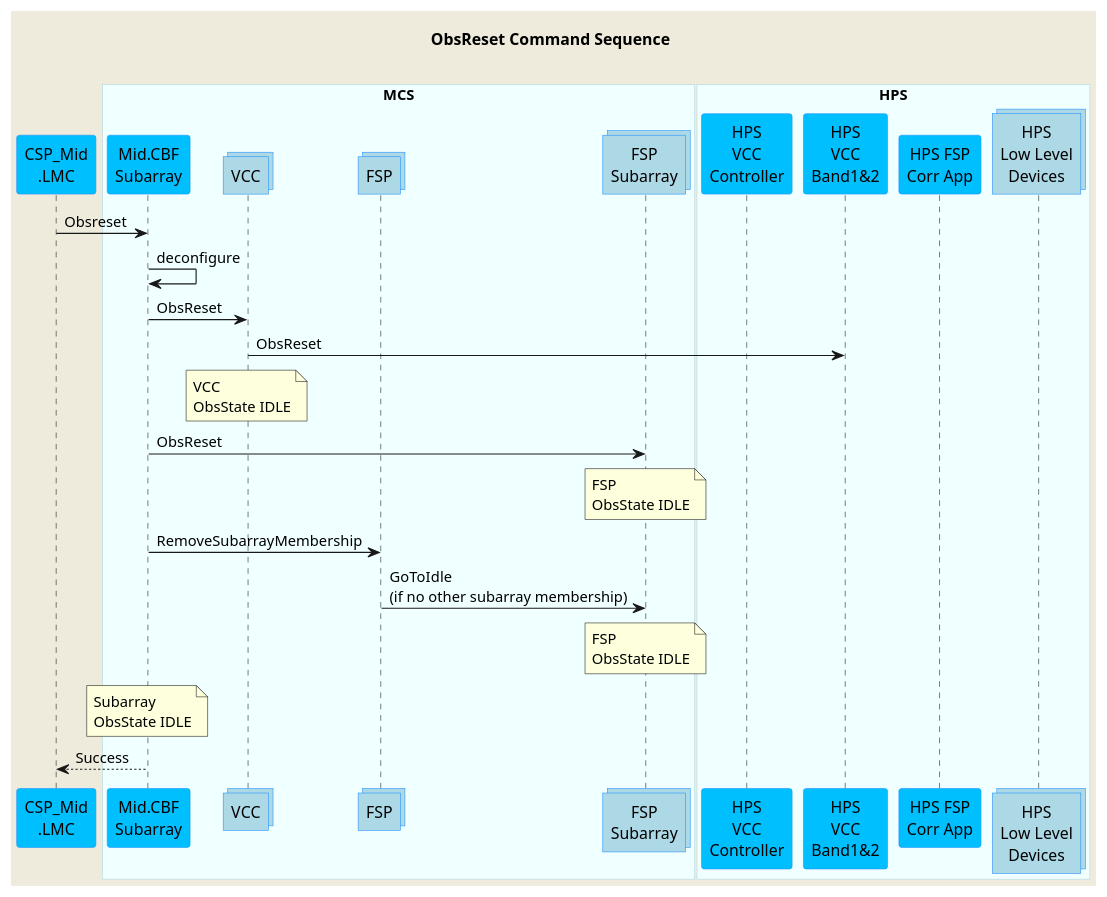
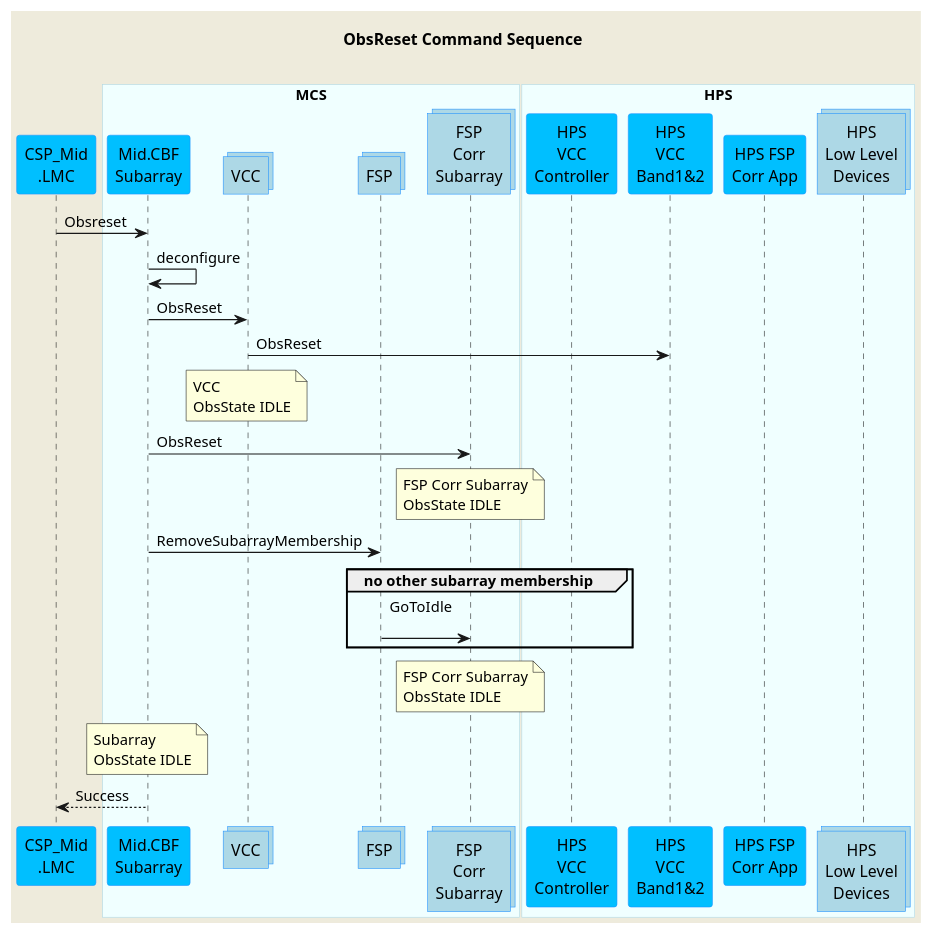
The diagram in docs/src/diagrams/obsreset-command.puml (ska-telescope/mid-cbf-mcs), drawn with PlantUML before and after one commit. The commit also changed 5 other files, not shown here.

```diff
--- a/docs/src/diagrams/obsreset-command.puml
+++ b/docs/src/diagrams/obsreset-command.puml
@@ -1,57 +1,61 @@
 @startuml
 'https://plantuml.com/sequence-diagram
 
 skinparam backgroundColor #EEEBDC
 skinparam sequence {
 ParticipantBorderColor DodgerBlue
 ParticipantBackgroundColor DeepSkyBlue
 ActorBorderColor DarkGreen
 ActorBackgroundColor Green
 BoxBorderColor LightBlue
 BoxBackgroundColor #F0FFFF
 }
 
 skinparam collections {
   BackGroundColor LightBlue
   BorderColor DodgerBlue
 }
 
 skinparam database {
   BackgroundColor LightGreen
   BorderColor DarkGreen
 }
 
 title ObsReset Command Sequence\n
 
 participant "CSP_Mid\n.LMC" as lmc
 
 box "MCS"
 participant "Mid.CBF\nSubarray" as subarray
 collections "VCC" as vcc
 collections "FSP" as fsp
-collections "FSP\nSubarray" as fspsubarray
+collections "FSP\nCorr\nSubarray" as fspsubarray
 end box
 
 box "HPS"
 participant "HPS\nVCC\nController" as hpsvcc
 participant "HPS\nVCC\nBand1&2" as hpsvccband
 participant "HPS FSP\nCorr App" as hpsfsp
 collections "HPS\nLow Level\nDevices" as hpsdevices
 end box
 
 lmc         ->  subarray      : Obsreset
 
 subarray    ->  subarray      : deconfigure
 subarray    ->  vcc           : ObsReset
 vcc         ->  hpsvccband    : ObsReset
 note over vcc                 : VCC\nObsState IDLE
 subarray    ->  fspsubarray   : ObsReset
-note over fspsubarray         : FSP\nObsState IDLE
+note over fspsubarray         : FSP Corr Subarray\nObsState IDLE
 subarray    ->  fsp           : RemoveSubarrayMembership
-fsp         ->  fspsubarray   : GoToIdle\n(if no other subarray membership)
-note over fspsubarray         : FSP\nObsState IDLE
+
+group no other subarray membership
+fsp         ->  fspsubarray   : GoToIdle\n
+end group
+
+note over fspsubarray         : FSP Corr Subarray\nObsState IDLE
 note over subarray            : Subarray\nObsState IDLE
 lmc        <--  subarray      : Success
 
 
 @enduml
```
